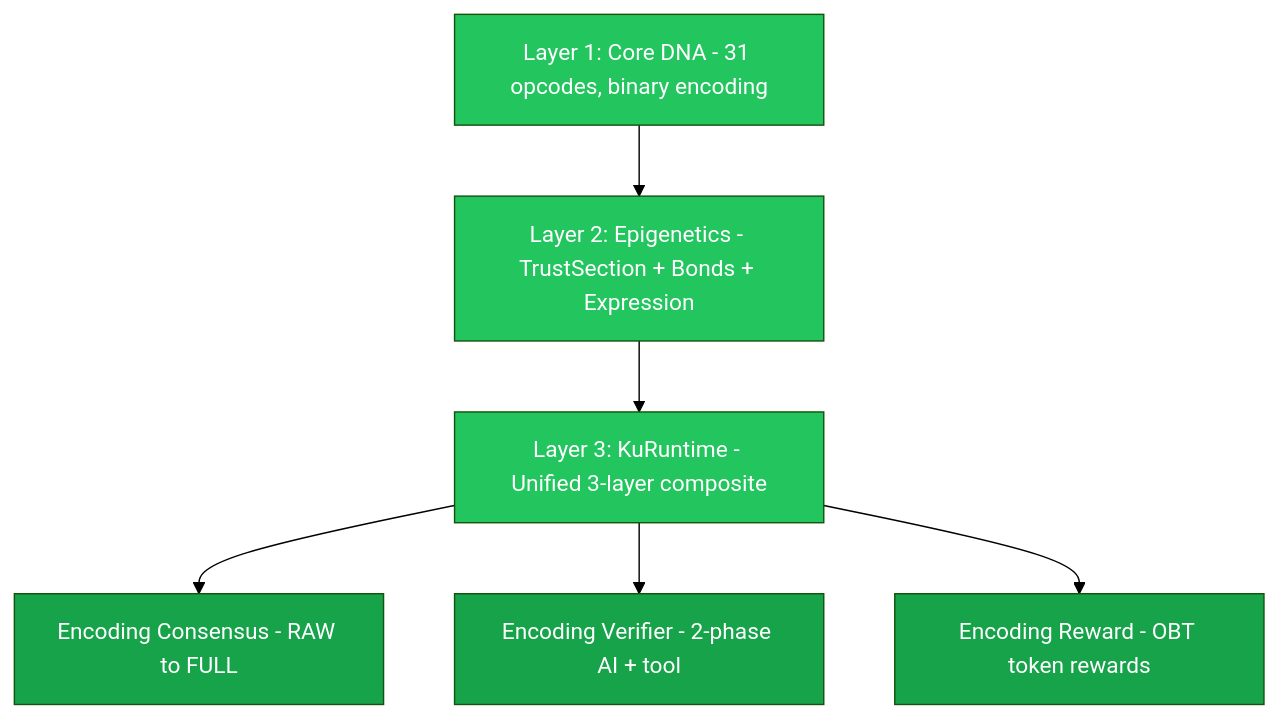
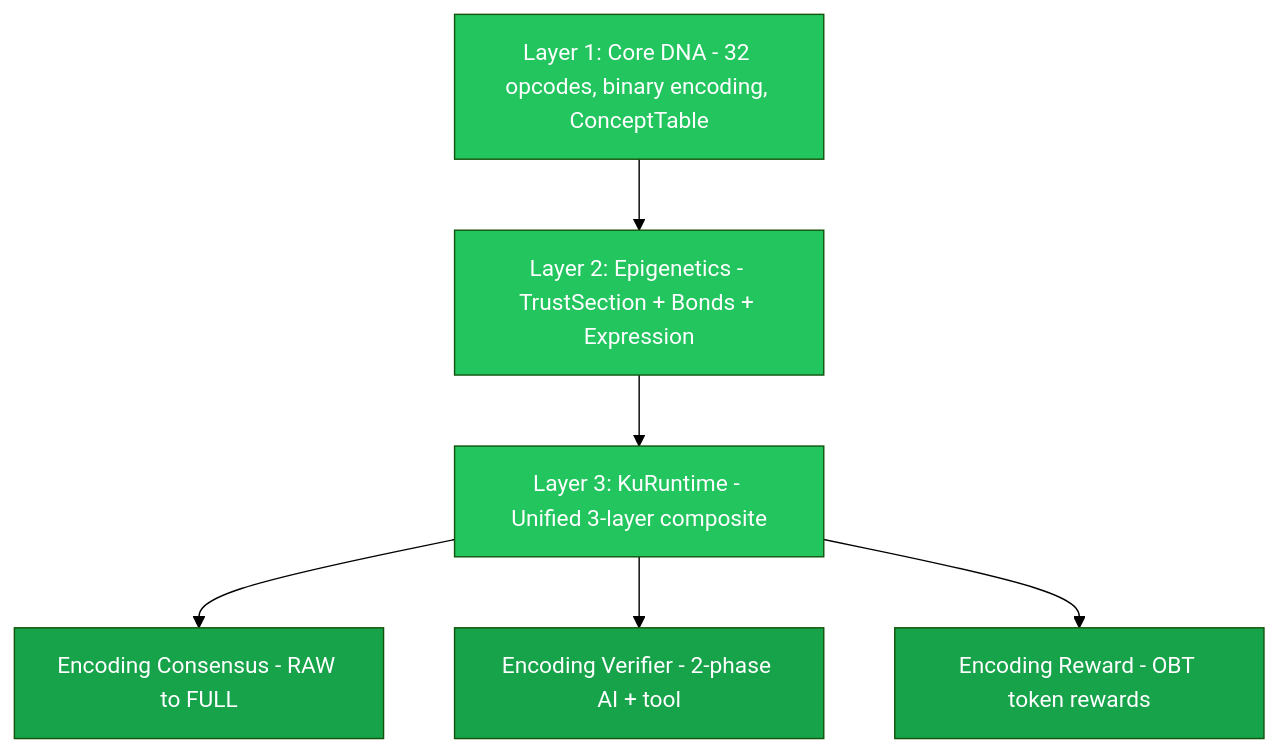
Before and after one commit to shpy2001gemi/OneBrain: the second of 6 diagrams in docs/PILLAR_REVIEW.md, drawn with Mermaid (forest theme). The commit also changed other lines of this file and 76 other files, not shown here.

````diff
--- a/docs/PILLAR_REVIEW.md
+++ b/docs/PILLAR_REVIEW.md
@@ -71,15 +71,15 @@
 ```mermaid
 graph TD
-    L1["Layer 1: Core DNA - 31 opcodes, binary encoding"] --> L2["Layer 2: Epigenetics - TrustSection + Bonds + Expression"]
+    L1["Layer 1: Core DNA - 32 opcodes, binary encoding, ConceptTable"] --> L2["Layer 2: Epigenetics - TrustSection + Bonds + Expression"]
     L2 --> L3["Layer 3: KuRuntime - Unified 3-layer composite"]
     L3 --> EC["Encoding Consensus - RAW to FULL"]
     L3 --> EV["Encoding Verifier - 2-phase AI + tool"]
     L3 --> ER["Encoding Reward - OBT token rewards"]
 
     style L1 fill:#22c55e,color:#fff
     style L2 fill:#22c55e,color:#fff
     style L3 fill:#22c55e,color:#fff
     style EC fill:#16a34a,color:#fff
     style EV fill:#16a34a,color:#fff
     style ER fill:#16a34a,color:#fff
 ```
````
